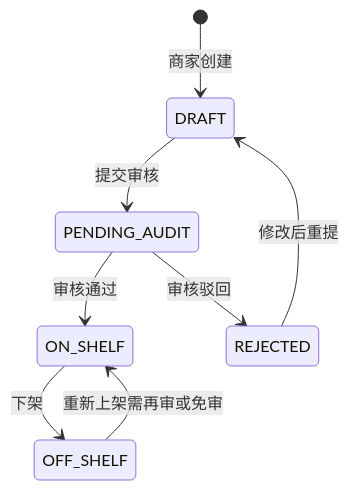
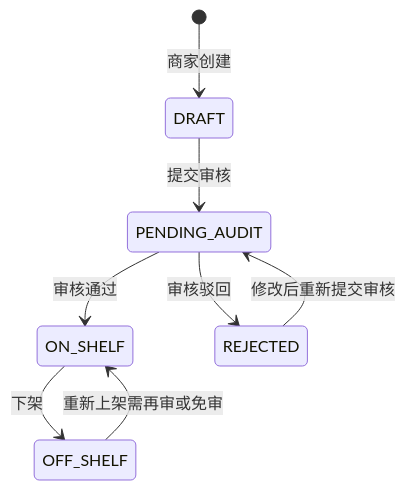
The third of 4 diagrams in docs/domain/DOMAIN_MODEL.md (HMirror123456/ecommerce-platform), drawn with Mermaid before and after one commit. The commit also changed 5 other files, not shown here.

````diff
--- a/docs/domain/DOMAIN_MODEL.md
+++ b/docs/domain/DOMAIN_MODEL.md
@@ -160,10 +160,10 @@
 ```mermaid
 stateDiagram-v2
     [*] --> DRAFT: 商家创建
     DRAFT --> PENDING_AUDIT: 提交审核
     PENDING_AUDIT --> ON_SHELF: 审核通过
     PENDING_AUDIT --> REJECTED: 审核驳回
-    REJECTED --> DRAFT: 修改后重提
+    REJECTED --> PENDING_AUDIT: 修改后重新提交审核
     ON_SHELF --> OFF_SHELF: 下架
     OFF_SHELF --> ON_SHELF: 重新上架需再审或免审
 ```
````
